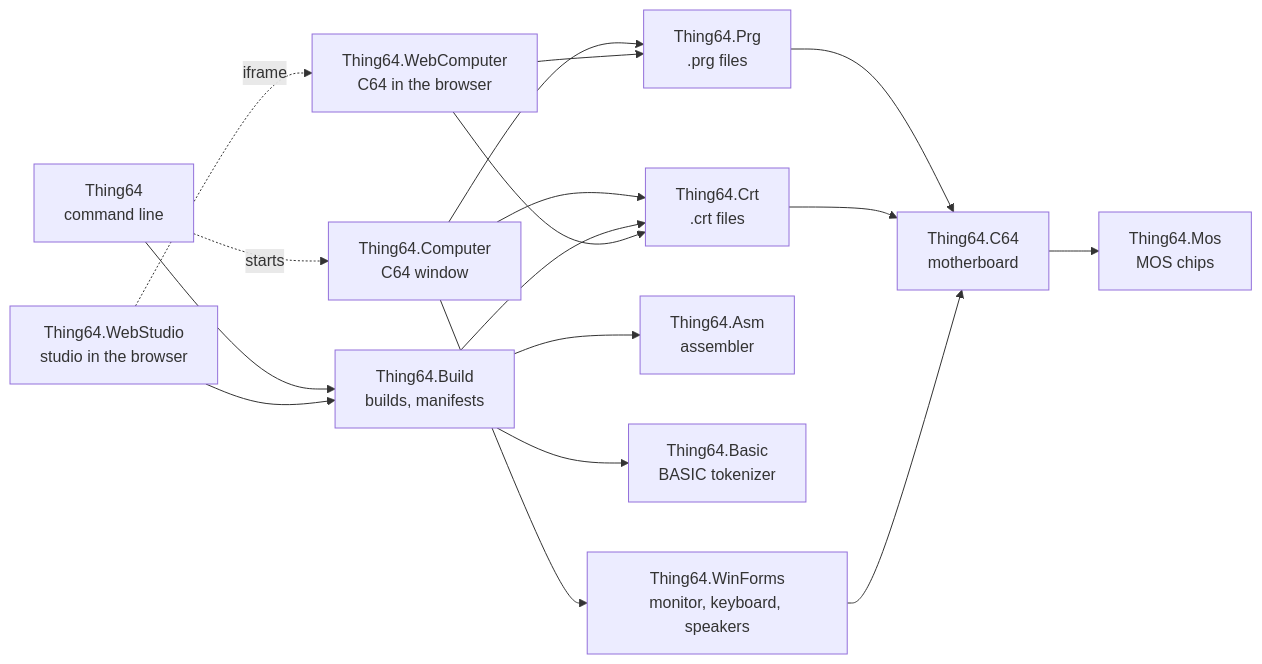
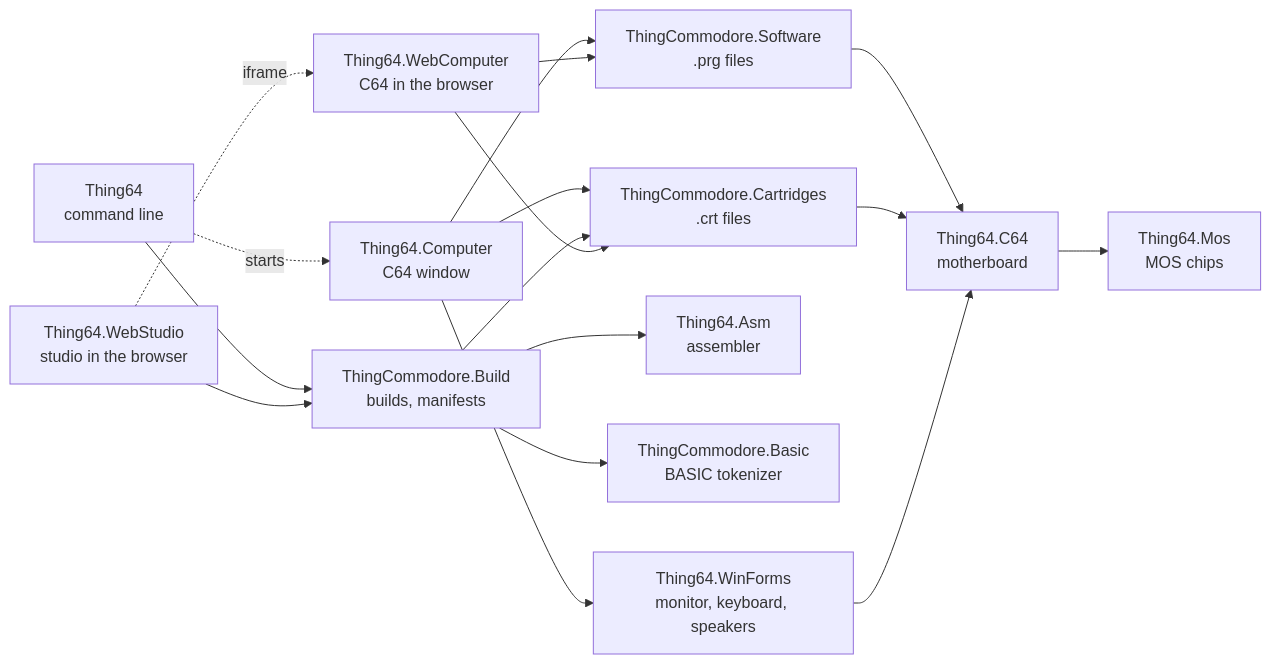
The first of 2 diagrams in docs/ARCHITECTURE.md (marcoparenzan/ThingRetro), drawn with Mermaid before and after one commit. The commit also changed other lines of this file and 95 other files, not shown here.

Commit message:
Chips, assembler, screen, sound, joysticks, cartridges, loaders and tools come from ThingMOS, ThingRetroEmu and ThingCommodore

````diff
--- a/docs/ARCHITECTURE.md
+++ b/docs/ARCHITECTURE.md
@@ -9,31 +9,31 @@
 ```mermaid
 flowchart LR
     Mos[Thing64.Mos<br/>MOS chips]
     C64[Thing64.C64<br/>motherboard]
-    Prg[Thing64.Prg<br/>.prg files]
-    Crt[Thing64.Crt<br/>.crt files]
+    Prg[ThingCommodore.Software<br/>.prg files]
+    Crt[ThingCommodore.Cartridges<br/>.crt files]
     Asm[Thing64.Asm<br/>assembler]
-    Basic[Thing64.Basic<br/>BASIC tokenizer]
+    Basic[ThingCommodore.Basic<br/>BASIC tokenizer]
     WinForms[Thing64.WinForms<br/>monitor, keyboard, speakers]
     Computer[Thing64.Computer<br/>C64 window]
     Cli[Thing64<br/>command line]
     C64 --> Mos
     Prg --> C64
     Crt --> C64
     WinForms --> C64
     Computer --> Prg
     Computer --> Crt
     Computer --> WinForms
-    Build[Thing64.Build<br/>builds, manifests]
+    Build[ThingCommodore.Build<br/>builds, manifests]
     Build --> Asm
     Build --> Basic
     Build --> Crt
     Cli --> Build
     Cli -. starts .-> Computer
     Web[Thing64.WebComputer<br/>C64 in the browser]
     Web --> Prg
     Web --> Crt
     WebStudio[Thing64.WebStudio<br/>studio in the browser]
     WebStudio --> Build
     WebStudio -. iframe .-> Web
 ```
````
